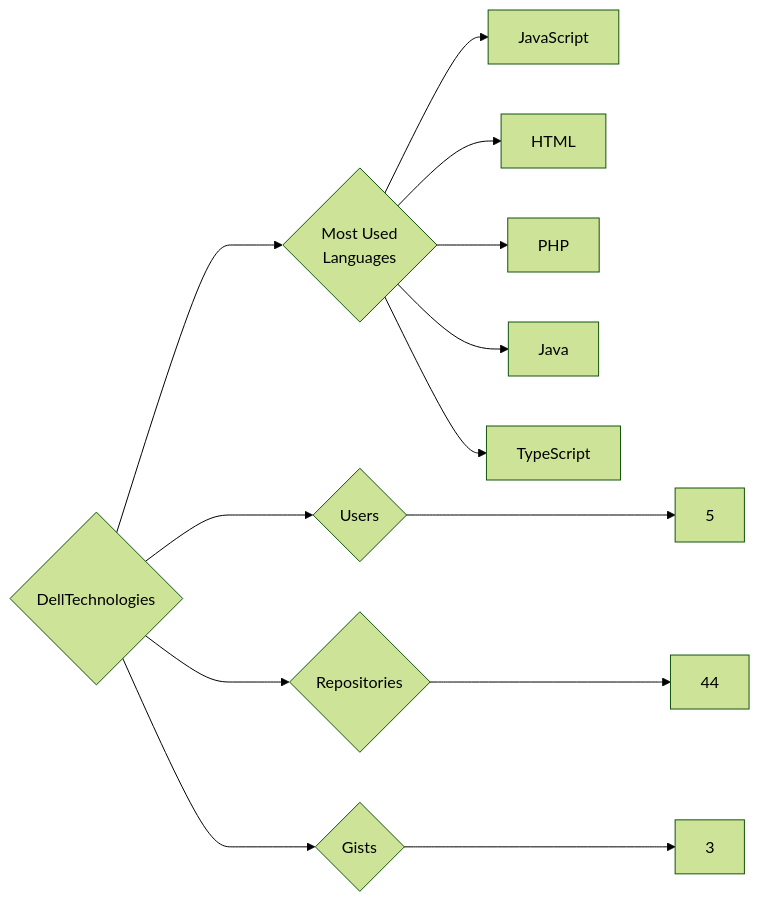
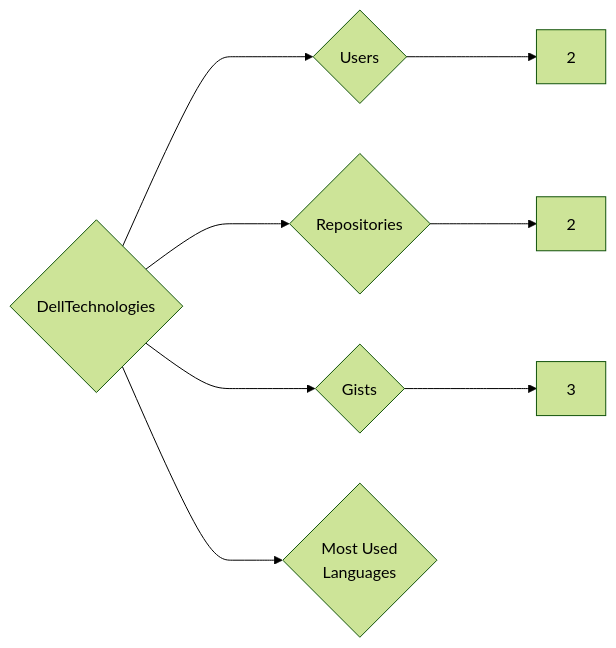
One commit to trickest/insiders changed the diagram in targets/DellTechnologies/README.md. Above: the diagram before and after it, drawn with Mermaid (forest theme). The commit also changed 1166 other files, not shown here.

````diff
--- a/targets/DellTechnologies/README.md
+++ b/targets/DellTechnologies/README.md
@@ -3,13 +3,8 @@
 ```mermaid
 graph LR
 COMPANY_NAME{DellTechnologies}
-COMPANY_NAME ---> U{Users} ---> UN[5]
-COMPANY_NAME ---> R{Repositories} ---> RN[44]
+COMPANY_NAME ---> U{Users} ---> UN[2]
+COMPANY_NAME ---> R{Repositories} ---> RN[2]
 COMPANY_NAME ---> G{Gists} ---> GN[3]
 COMPANY_NAME ---> ML{Most Used<br>Languages}
-ML --> JavaScript[JavaScript]
-ML --> HTML[HTML]
-ML --> PHP[PHP]
-ML --> Java[Java]
-ML --> TypeScript[TypeScript]
 ```
````
